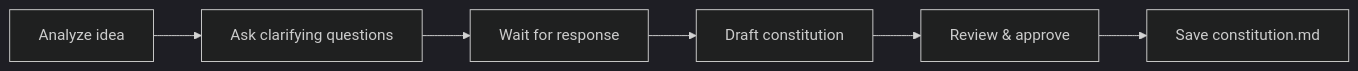
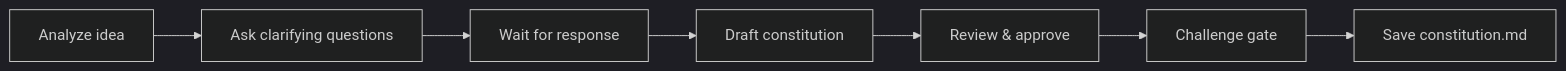
Before and after one commit to ai-driven-dev/framework: the diagram in skills/pm-constitution/SKILL.md, drawn with Mermaid (dark theme). The commit also changed other lines of this file and 22 other files, not shown here.

````diff
--- a/skills/pm-constitution/SKILL.md
+++ b/skills/pm-constitution/SKILL.md
@@ -31,4 +32,4 @@
 ```mermaid
 flowchart LR
-    A[Analyze idea] --> B[Ask clarifying questions] --> C[Wait for response] --> D[Draft constitution] --> E[Review & approve] --> F[Save constitution.md]
+    A[Analyze idea] --> B[Ask clarifying questions] --> C[Wait for response] --> D[Draft constitution] --> E[Review & approve] --> F[Challenge gate] --> G[Save constitution.md]
 ```
````
